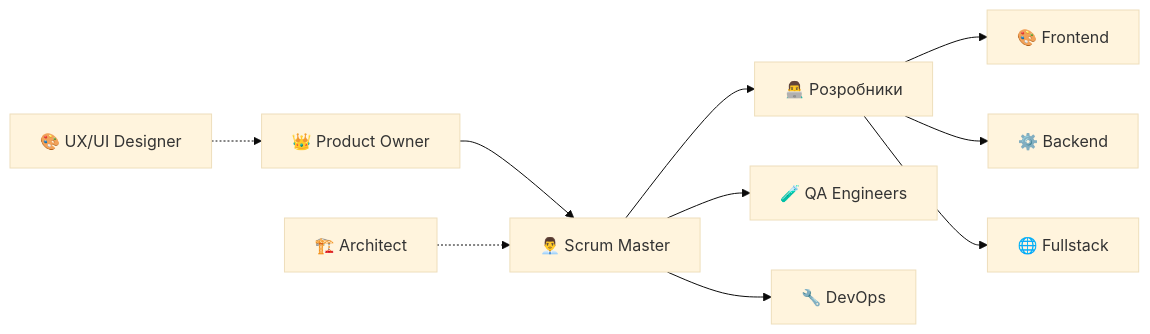
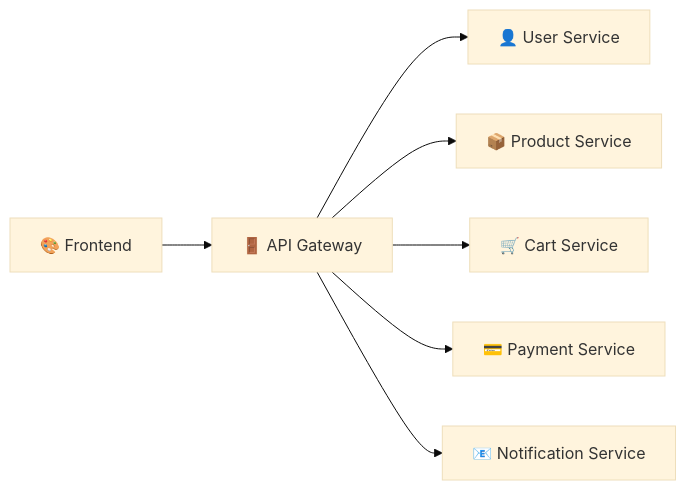
The third of 20 diagrams in docs/presentations/presentation-01.md (olroi421/course-web), drawn with Mermaid (base theme) before and after one commit. The commit also changed other lines of this file and 2 other files, not shown here.

````diff
--- a/docs/presentations/presentation-01.md
+++ b/docs/presentations/presentation-01.md
@@ -93,14 +89,9 @@
 ```mermaid
 graph LR
-    A[👑 Product Owner] --> B[👨‍💼 Scrum Master]
-    B --> C[👨‍💻 Розробники]
-    B --> D[🧪 QA Engineers]
-    B --> E[🔧 DevOps]
-
-    C --> F[🎨 Frontend]
-    C --> G[⚙️ Backend]
-    C --> H[🌐 Fullstack]
-
-    I[🏗️ Architect] -.-> B
-    J[🎨 UX/UI Designer] -.-> A
+    A[🎨 Frontend] --> B[🚪 API Gateway]
+    B --> C[👤 User Service]
+    B --> D[📦 Product Service]
+    B --> E[🛒 Cart Service]
+    B --> F[💳 Payment Service]
+    B --> G[📧 Notification Service]
 ```
````
